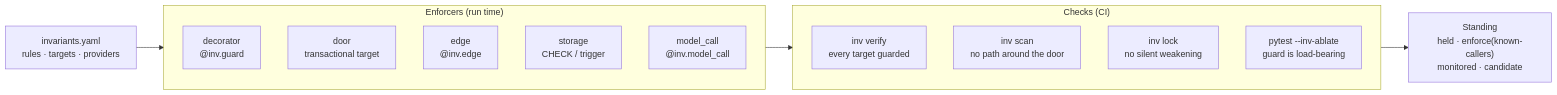
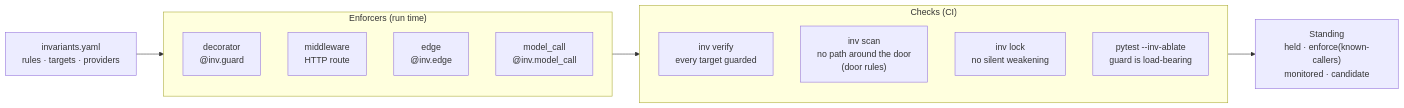
Before and after one commit to jkuru/invariants-first: the diagram in invariants-py/README.md, drawn with Mermaid. The commit also changed other lines of this file and 115 other files, not shown here.

````diff
--- a/invariants-py/README.md
+++ b/invariants-py/README.md
@@ -169,19 +172,18 @@
 ```mermaid
 flowchart LR
     RF["invariants.yaml<br/>rules · targets · providers"] --> ENF
     subgraph ENF["Enforcers (run time)"]
         D["decorator<br/>@inv.guard"]
-        DO["door<br/>transactional target"]
+        MW["middleware<br/>HTTP route"]
         ED["edge<br/>@inv.edge"]
-        ST["storage<br/>CHECK / trigger"]
         MC["model_call<br/>@inv.model_call"]
     end
     ENF --> CHK
     subgraph CHK["Checks (CI)"]
         V["inv verify<br/>every target guarded"]
-        S["inv scan<br/>no path around the door"]
+        S["inv scan<br/>no path around the door<br/>(door rules)"]
         L["inv lock<br/>no silent weakening"]
         A["pytest --inv-ablate<br/>guard is load-bearing"]
     end
     CHK --> SD["Standing<br/>held · enforce(known-callers)<br/>monitored · candidate"]
 ```
````
